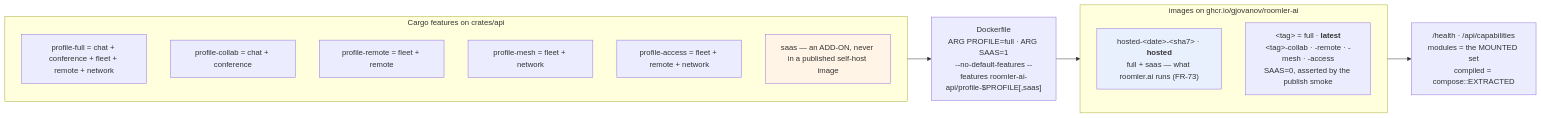
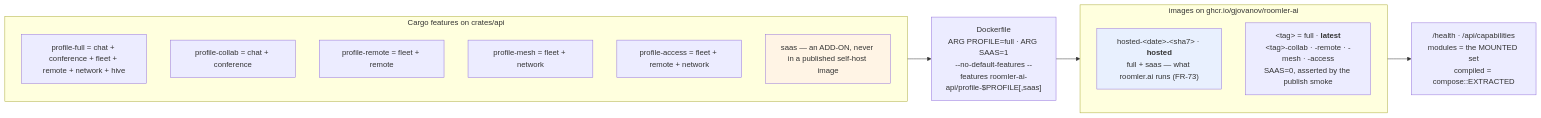
One commit to gjovanov/roomler-ai changed the third of 8 diagrams in docs/modular-monolith.md. Above: the diagram before and after it, drawn with Mermaid. The commit also changed other lines of this file and 38 other files, not shown here.

````diff
--- a/docs/modular-monolith.md
+++ b/docs/modular-monolith.md
@@ -120,20 +124,20 @@
 ```mermaid
 flowchart LR
     subgraph feats["Cargo features on crates/api"]
-        F1["profile-full = chat + conference + fleet + remote + network"]
+        F1["profile-full = chat + conference + fleet + remote + network + hive"]
         F2["profile-collab = chat + conference"]
         F3["profile-remote = fleet + remote"]
         F4["profile-mesh = fleet + network"]
         F5["profile-access = fleet + remote + network"]
         S["saas — an ADD-ON, never in a published self-host image"]
     end
     DF["Dockerfile<br/>ARG PROFILE=full · ARG SAAS=1<br/>--no-default-features --features roomler-ai-api/profile-$PROFILE[,saas]"]
     subgraph images["images on ghcr.io/gjovanov/roomler-ai"]
         H["hosted-&lt;date&gt;-&lt;sha7&gt; · <b>hosted</b><br/>full + saas — what roomler.ai runs (FR-73)"]
         V["&lt;tag&gt; = full · <b>latest</b><br/>&lt;tag&gt;-collab · -remote · -mesh · -access<br/>SAAS=0, asserted by the publish smoke"]
     end
     HEALTH["/health · /api/capabilities<br/>modules = the MOUNTED set<br/>compiled = compose::EXTRACTED"]
     feats --> DF --> images --> HEALTH
     style S fill:#fff4e5
     style H fill:#e8f0fe
 ```
````
